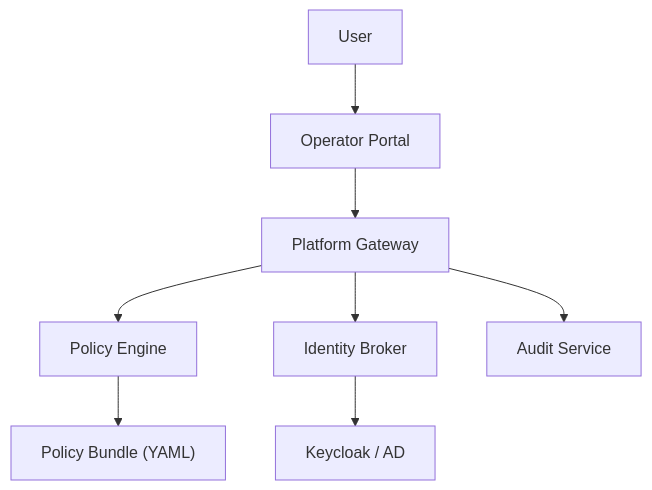
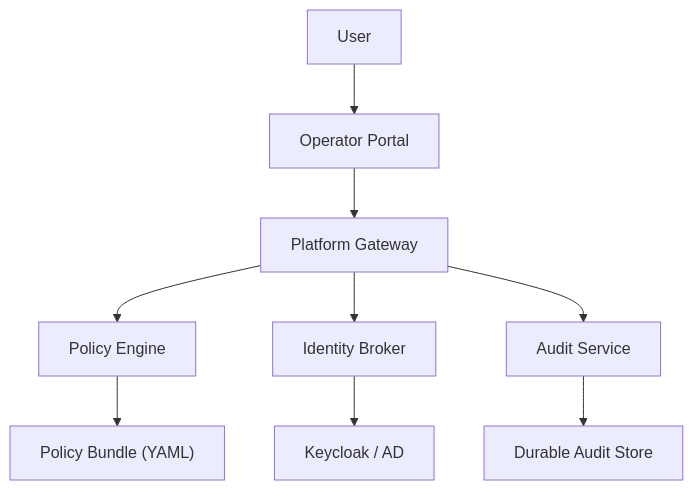
Before and after one commit to metasync/luban-aiops: the first of 5 diagrams in .qoder/repowiki/en/content/Security and Authorization/Authorization Policies/Authorization Matrix.md, drawn with Mermaid. The commit also changed other lines of this file and 219 other files, not shown here.

````diff
--- a/.qoder/repowiki/en/content/Security and Authorization/Authorization Policies/Authorization Matrix.md
+++ b/.qoder/repowiki/en/content/Security and Authorization/Authorization Policies/Authorization Matrix.md
@@ -56,10 +59,11 @@
 ```mermaid
 graph TB
 User["User"] --> Portal["Operator Portal"]
 Portal --> Gateway["Platform Gateway"]
 Gateway --> PolicyEngine["Policy Engine"]
 Gateway --> IdentityBroker["Identity Broker"]
 PolicyEngine --> Bundle["Policy Bundle (YAML)"]
 Gateway --> Audit["Audit Service"]
 IdentityBroker --> Keycloak["Keycloak / AD"]
+Audit --> Storage["Durable Audit Store"]
 ```
````
